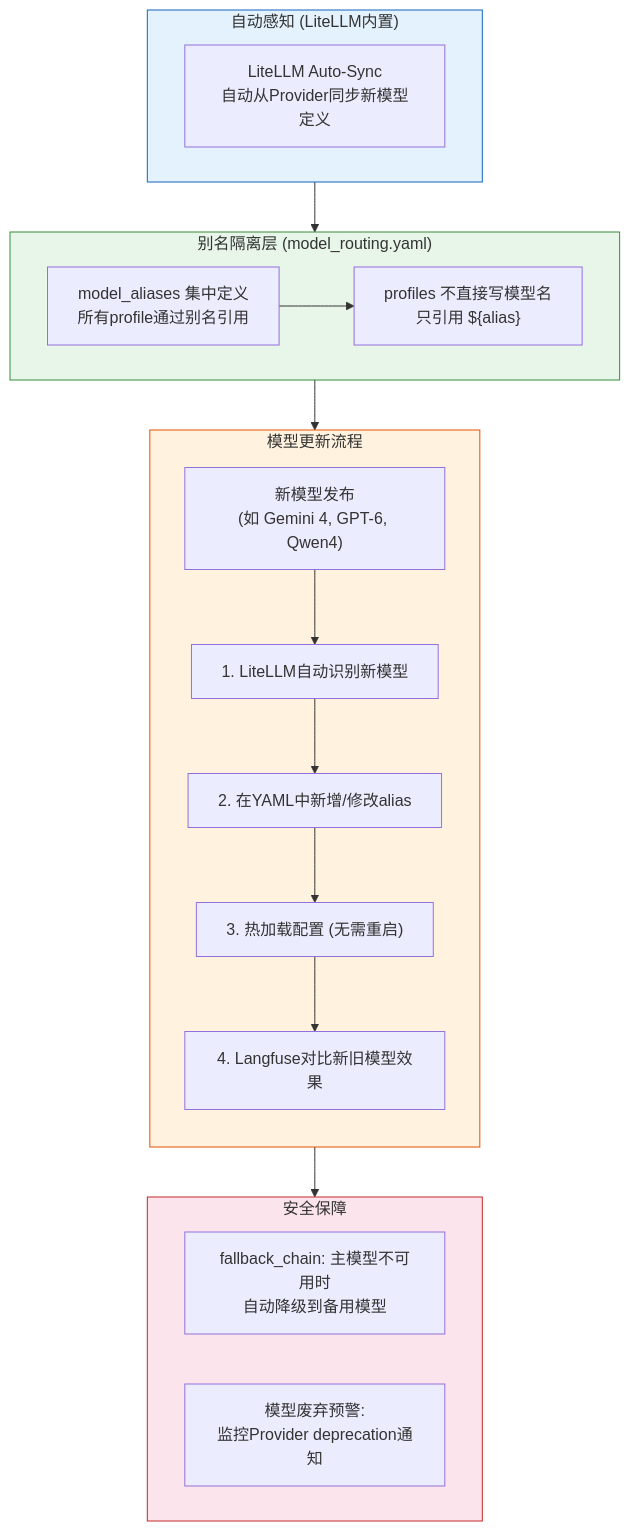
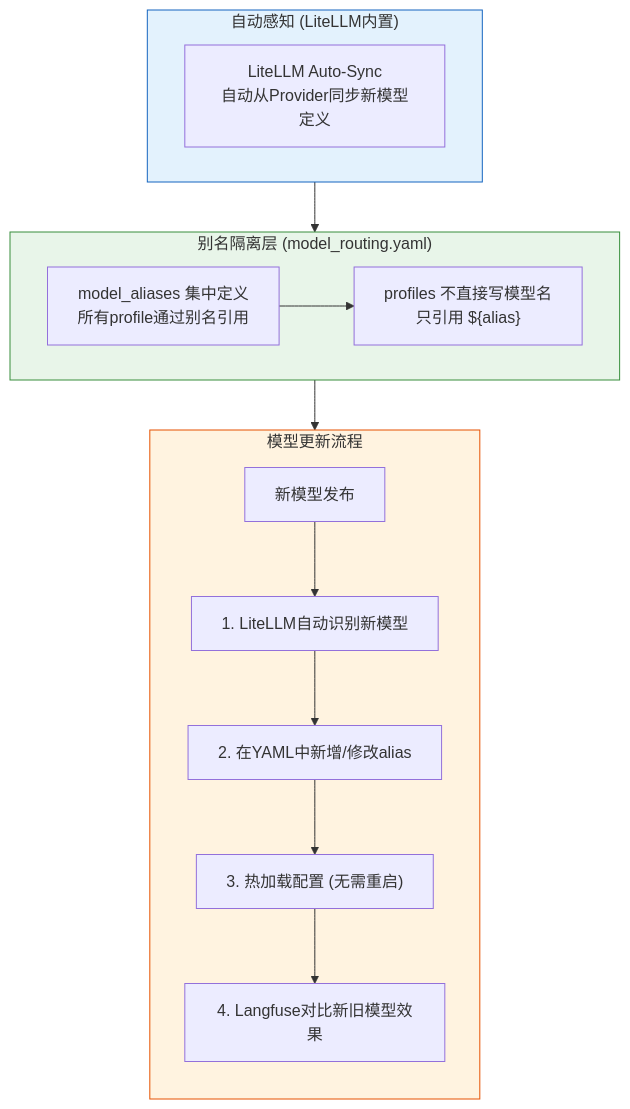
The second of 11 diagrams in .qoder/specs/trading-agent-architecture-analysis.md (ZacBi/TradingAgents), drawn with Mermaid before and after one commit. The commit also changed other lines of this file and 5 other files, not shown here.

First line of the commit message:
docs(architecture): 完善多智能体交易框架架构文档

````diff
--- a/.qoder/specs/trading-agent-architecture-analysis.md
+++ b/.qoder/specs/trading-agent-architecture-analysis.md
@@ -352,36 +256,29 @@
 ```mermaid
 flowchart TD
     subgraph AutoSync["自动感知 (LiteLLM内置)"]
         LiteLLM["LiteLLM Auto-Sync\n自动从Provider同步新模型定义"]
     end
 
     subgraph AliasLayer["别名隔离层 (model_routing.yaml)"]
         Alias["model_aliases 集中定义\n所有profile通过别名引用"]
         Profiles["profiles 不直接写模型名\n只引用 ${alias}"]
         Alias --> Profiles
     end
 
     subgraph UpdateFlow["模型更新流程"]
         direction TB
-        NewModel["新模型发布\n(如 Gemini 4, GPT-6, Qwen4)"] 
+        NewModel["新模型发布"] 
         Step1["1. LiteLLM自动识别新模型"]
         Step2["2. 在YAML中新增/修改alias"]
         Step3["3. 热加载配置 (无需重启)"]
         Step4["4. Langfuse对比新旧模型效果"]
         NewModel --> Step1 --> Step2 --> Step3 --> Step4
     end
 
-    subgraph Safeguard["安全保障"]
-        Fallback["fallback_chain: 主模型不可用时\n自动降级到备用模型"]
-        Deprecation["模型废弃预警:\n监控Provider deprecation通知"]
-    end
-
     AutoSync --> AliasLayer
     AliasLayer --> UpdateFlow
-    UpdateFlow --> Safeguard
 
     style AutoSync fill:#e3f2fd,stroke:#1565c0
     style AliasLayer fill:#e8f5e9,stroke:#388e3c
     style UpdateFlow fill:#fff3e0,stroke:#e65100
-    style Safeguard fill:#fce4ec,stroke:#c62828
 ```
````
